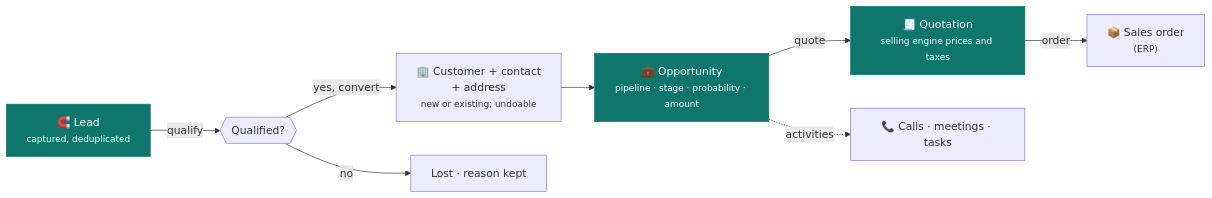
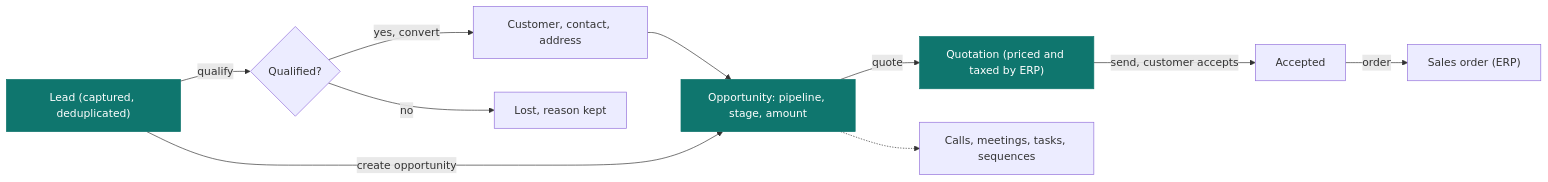
One commit to CBFerrum/ferrum-app-crm changed the first of 2 diagrams in README.md. Above: the diagram before and after it, drawn with Mermaid. The commit also changed other lines of this file and 28 other files, not shown here.

First line of the commit message:
docs: end-to-end README with screenshots, features, comparison and roadmap

````diff
--- a/README.md
+++ b/README.md
@@ -118,12 +246,14 @@
 ```mermaid
 flowchart LR
-    L["🧲 Lead<br/><small>captured, deduplicated</small>"] -->|qualify| Q{{"Qualified?"}}
-    Q -->|yes, convert| C["🏢 Customer + contact<br/>+ address<br/><small>new or existing; undoable</small>"]
-    Q -->|no| X["Lost · reason kept"]
-    C --> O["💼 Opportunity<br/><small>pipeline · stage · probability · amount</small>"]
-    O -->|quote| QT["🧾 Quotation<br/><small>selling engine prices and taxes</small>"]
-    QT -->|order| SO["📦 Sales order<br/><small>(ERP)</small>"]
-    O -.->|activities| A["📞 Calls · meetings · tasks"]
+    L["Lead (captured, deduplicated)"] -->|qualify| Q{"Qualified?"}
+    Q -->|"yes, convert"| C["Customer, contact, address"]
+    Q -->|no| X["Lost, reason kept"]
+    C --> O["Opportunity: pipeline, stage, amount"]
+    L -->|"create opportunity"| O
+    O -->|quote| QT["Quotation (priced and taxed by ERP)"]
+    QT -->|"send, customer accepts"| AC["Accepted"]
+    AC -->|order| SO["Sales order (ERP)"]
+    O -.-> A["Calls, meetings, tasks, sequences"]
     classDef app fill:#0f766e,color:#fff,stroke:#0f766e
     class L,O,QT app
 ```
````
